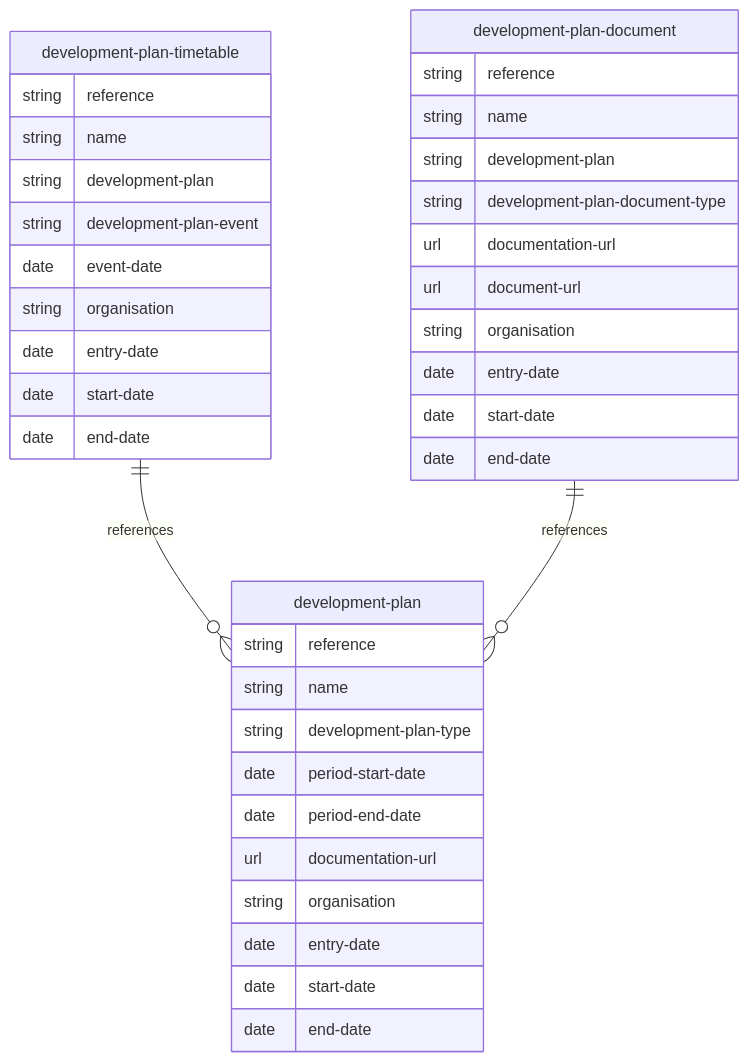
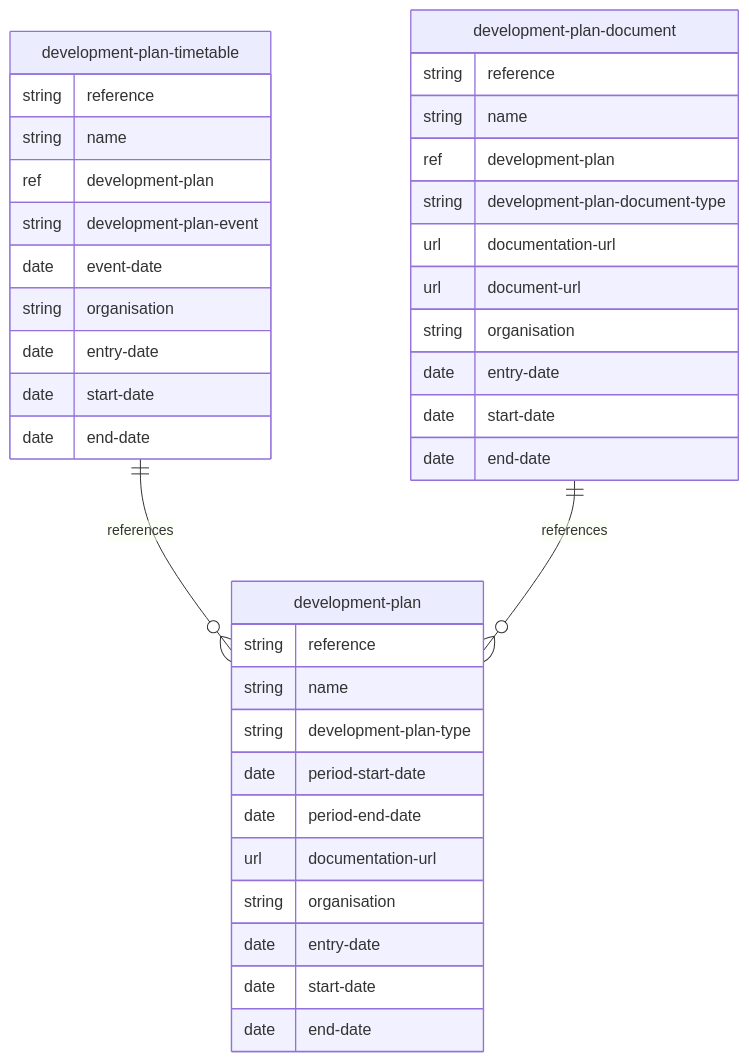
One commit to digital-land/specification changed the diagram in mermaid/development-plan.md. Above: the diagram before and after it, drawn with Mermaid. The commit also changed 9 other files, not shown here.

````diff
--- a/mermaid/development-plan.md
+++ b/mermaid/development-plan.md
@@ -4,40 +4,40 @@
 ```mermaid
 erDiagram
     development-plan {
         string reference
         string name
         string development-plan-type
         date period-start-date
         date period-end-date
         url documentation-url
         string organisation
         date entry-date
         date start-date
         date end-date
     }
     development-plan-timetable {
         string reference
         string name
-        string development-plan
+        ref development-plan
         string development-plan-event
         date event-date
         string organisation
         date entry-date
         date start-date
         date end-date
     }
     development-plan-document {
         string reference
         string name
-        string development-plan
+        ref development-plan
         string development-plan-document-type
         url documentation-url
         url document-url
         string organisation
         date entry-date
         date start-date
         date end-date
     }
     development-plan-timetable ||--o{ development-plan : references
     development-plan-document ||--o{ development-plan : references
 ```
````
